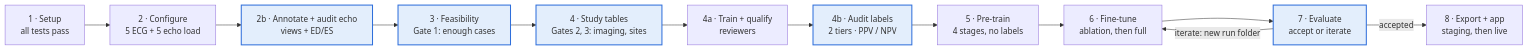
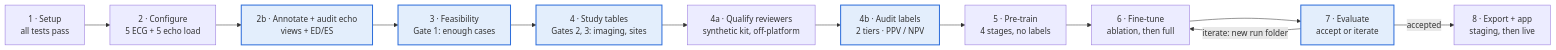
One commit to cardioailive1/womens-cvd changed the diagram in ml/RUNBOOK.md. Above: the diagram before and after it, drawn with Mermaid. The commit also changed other lines of this file and 7 other files, not shown here.

First line of the commit message:
Reviewer training on a synthetic kit, off-platform

````diff
--- a/ml/RUNBOOK.md
+++ b/ml/RUNBOOK.md
@@ -9,15 +9,15 @@
 ```mermaid
 flowchart LR
     S1["1 · Setup<br/>all tests pass"] --> S2["2 · Configure<br/>5 ECG + 5 echo load"]
     S2 --> S2b["2b · Annotate + audit echo<br/>views + ED/ES"]
     S2b --> S3["3 · Feasibility<br/>Gate 1: enough cases"]
     S3 --> S4["4 · Study tables<br/>Gates 2, 3: imaging, sites"]
-    S4 --> S4a["4a · Train + qualify<br/>reviewers"] --> S4b["4b · Audit labels<br/>2 tiers · PPV / NPV"]
+    S4 --> S4a["4a · Qualify reviewers<br/>synthetic kit, off-platform"] --> S4b["4b · Audit labels<br/>2 tiers · PPV / NPV"]
     S4b --> S5["5 · Pre-train<br/>4 stages, no labels"]
     S5 --> S6["6 · Fine-tune<br/>ablation, then full"]
     S6 --> S7["7 · Evaluate<br/>accept or iterate"]
     S7 -- "iterate: new run folder" --> S6
     S7 -- accepted --> S8["8 · Export + app<br/>staging, then live"]
     classDef gate fill:#e3eefc,stroke:#2f6fdb,stroke-width:2px;
     class S2b,S3,S4,S4b,S7 gate;
 ```
````
